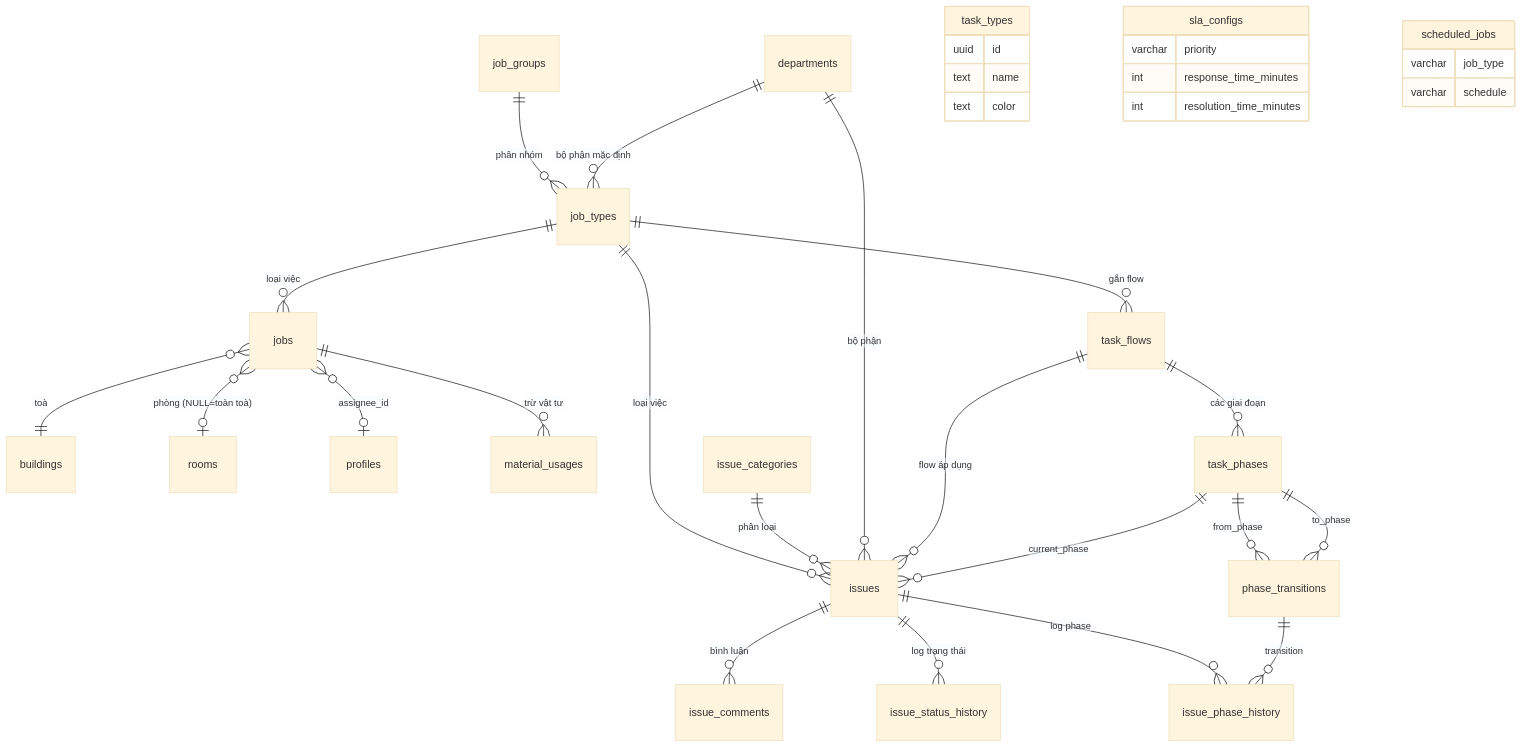
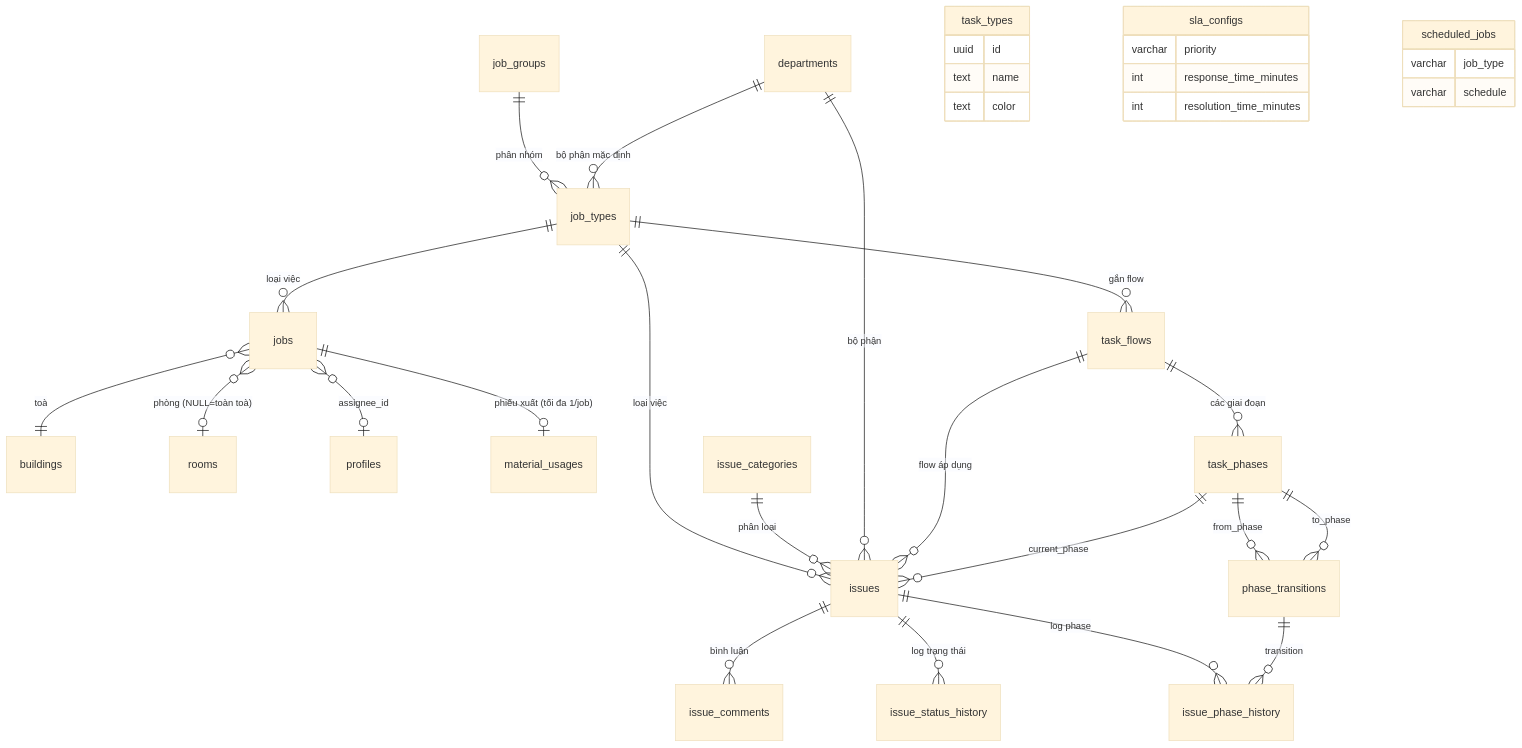
One commit to zxGreenxz/whiteboard-ihomecrm changed the first of 4 diagrams in docs/he-thong/11-cong-viec-su-co.md. Above: the diagram before and after it, drawn with Mermaid (base theme). The commit also changed other lines of this file and 17 other files, not shown here.

````diff
--- a/docs/he-thong/11-cong-viec-su-co.md
+++ b/docs/he-thong/11-cong-viec-su-co.md
@@ -138,41 +143,41 @@
 ```mermaid
 erDiagram
     job_groups ||--o{ job_types : "phân nhóm"
     departments ||--o{ job_types : "bộ phận mặc định"
     job_types ||--o{ jobs : "loại việc"
     job_types ||--o{ issues : "loại việc"
     job_types ||--o{ task_flows : "gắn flow"
 
     jobs }o--|| buildings : "toà"
     jobs }o--o| rooms : "phòng (NULL=toàn toà)"
     jobs }o--o| profiles : "assignee_id"
-    jobs ||--o{ material_usages : "trừ vật tư"
+    jobs ||--o| material_usages : "phiếu xuất (tối đa 1/job)"
 
     issue_categories ||--o{ issues : "phân loại"
     departments ||--o{ issues : "bộ phận"
     issues ||--o{ issue_comments : "bình luận"
     issues ||--o{ issue_status_history : "log trạng thái"
     issues ||--o{ issue_phase_history : "log phase"
 
     task_flows ||--o{ task_phases : "các giai đoạn"
     task_flows ||--o{ issues : "flow áp dụng"
     task_phases ||--o{ phase_transitions : "from_phase"
     task_phases ||--o{ phase_transitions : "to_phase"
     task_phases ||--o{ issues : "current_phase"
     phase_transitions ||--o{ issue_phase_history : "transition"
 
     task_types {
         uuid id
         text name
         text color
     }
     sla_configs {
         varchar priority
         int response_time_minutes
         int resolution_time_minutes
     }
     scheduled_jobs {
         varchar job_type
         varchar schedule
     }
 ```
````
